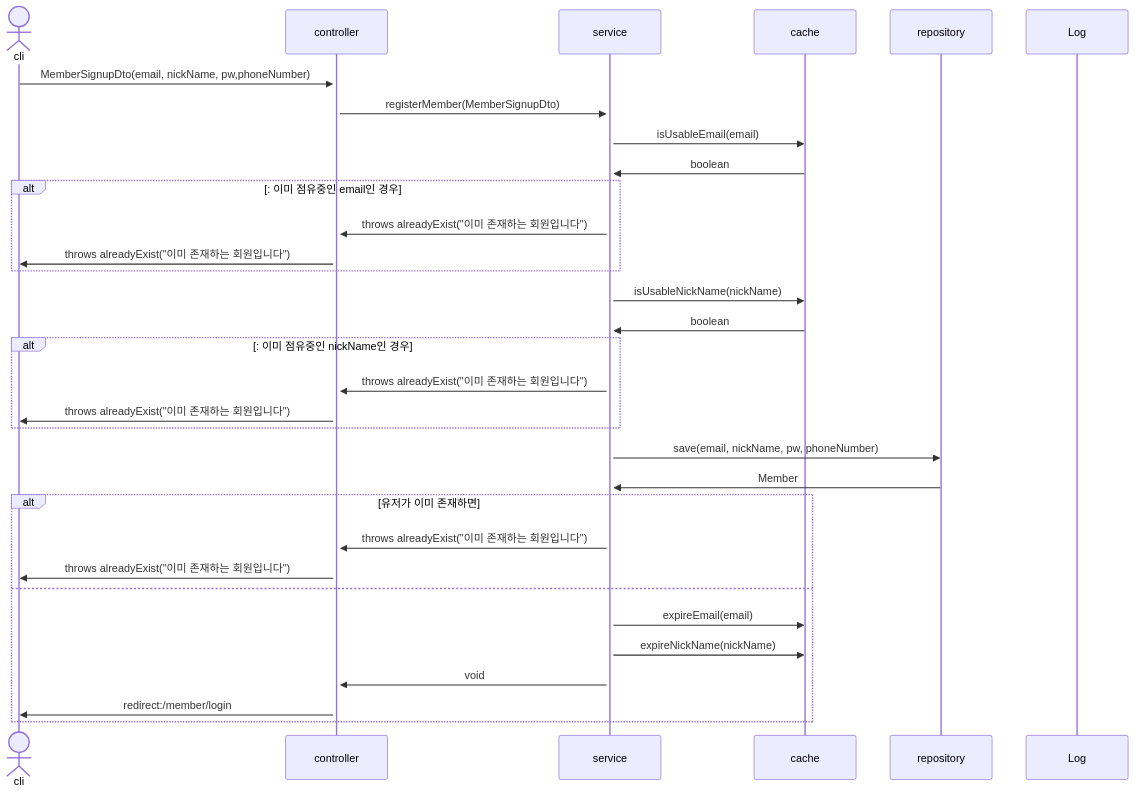
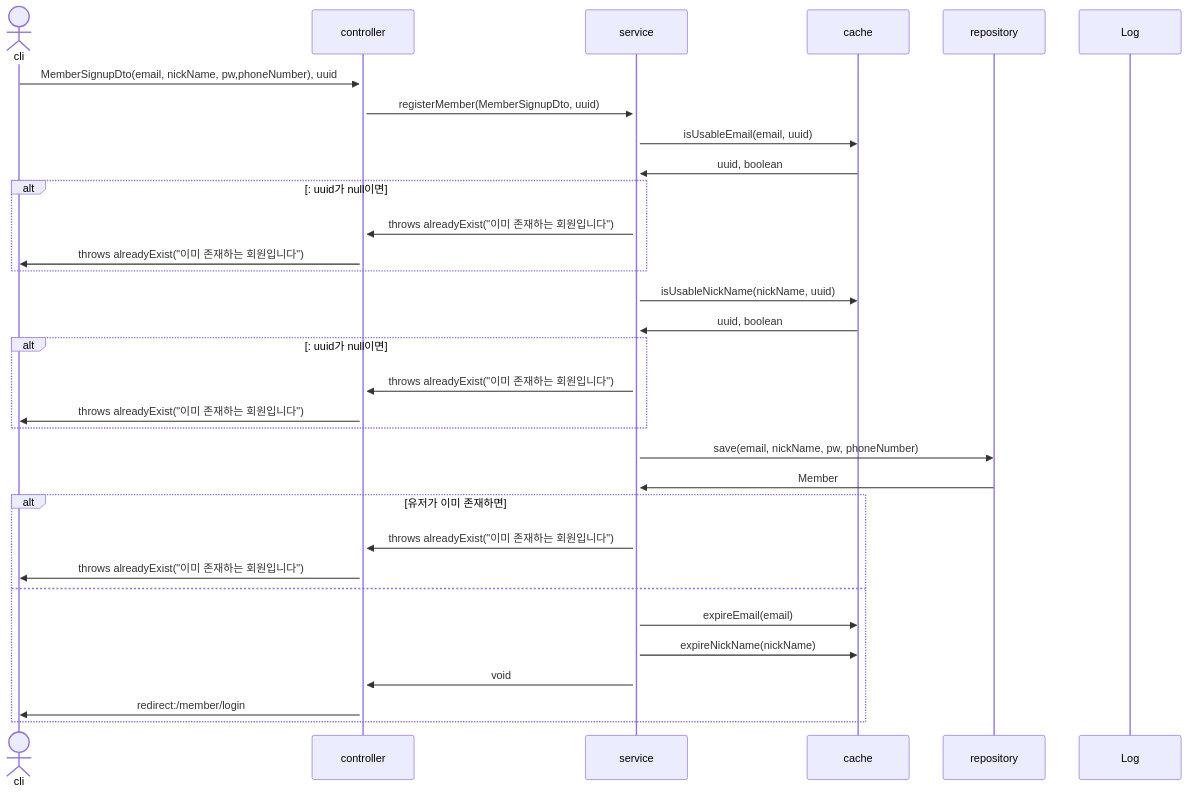
Before and after one commit to mtak0235/snsX: the fourth of 30 diagrams in sequence.md, drawn with Mermaid.

Commit message:
update memberSignup sequence diagram

````diff
--- a/sequence.md
+++ b/sequence.md
@@ -88,36 +88,36 @@
 ```mermaid
 sequenceDiagram
 actor cli
 participant c as controller
 participant s as service
 participant ca as cache
 participant r as repository
 participant l as Log
 
-cli->>+c: MemberSignupDto(email, nickName, pw,phoneNumber)
-c->>+s: registerMember(MemberSignupDto)
-s->>ca: isUsableEmail(email)
-ca->>s: boolean
-alt: 이미 점유중인 email인 경우
+cli->>+c: MemberSignupDto(email, nickName, pw,phoneNumber), uuid
+c->>+s: registerMember(MemberSignupDto, uuid)
+s->>ca: isUsableEmail(email, uuid)
+ca->>s: uuid, boolean
+alt: uuid가 null이면
 s->>c: throws alreadyExist("이미 존재하는 회원입니다")
 c->>cli: throws alreadyExist("이미 존재하는 회원입니다")
 end
-s->>ca: isUsableNickName(nickName)
-ca->>s: boolean
-alt: 이미 점유중인 nickName인 경우
+s->>ca: isUsableNickName(nickName, uuid)
+ca->>s: uuid, boolean
+alt: uuid가 null이면
 s->>c: throws alreadyExist("이미 존재하는 회원입니다")
 c->>cli: throws alreadyExist("이미 존재하는 회원입니다")
 end
 s->>r: save(email, nickName, pw, phoneNumber)
 r->>s: Member
 alt 유저가 이미 존재하면
 s->>c: throws alreadyExist("이미 존재하는 회원입니다")
 c->>cli: throws alreadyExist("이미 존재하는 회원입니다")
 else
 s->>ca: expireEmail(email)
 s->>ca: expireNickName(nickName)
 s->>c: void
 c->>cli: redirect:/member/login
 end
 
 ```
````
